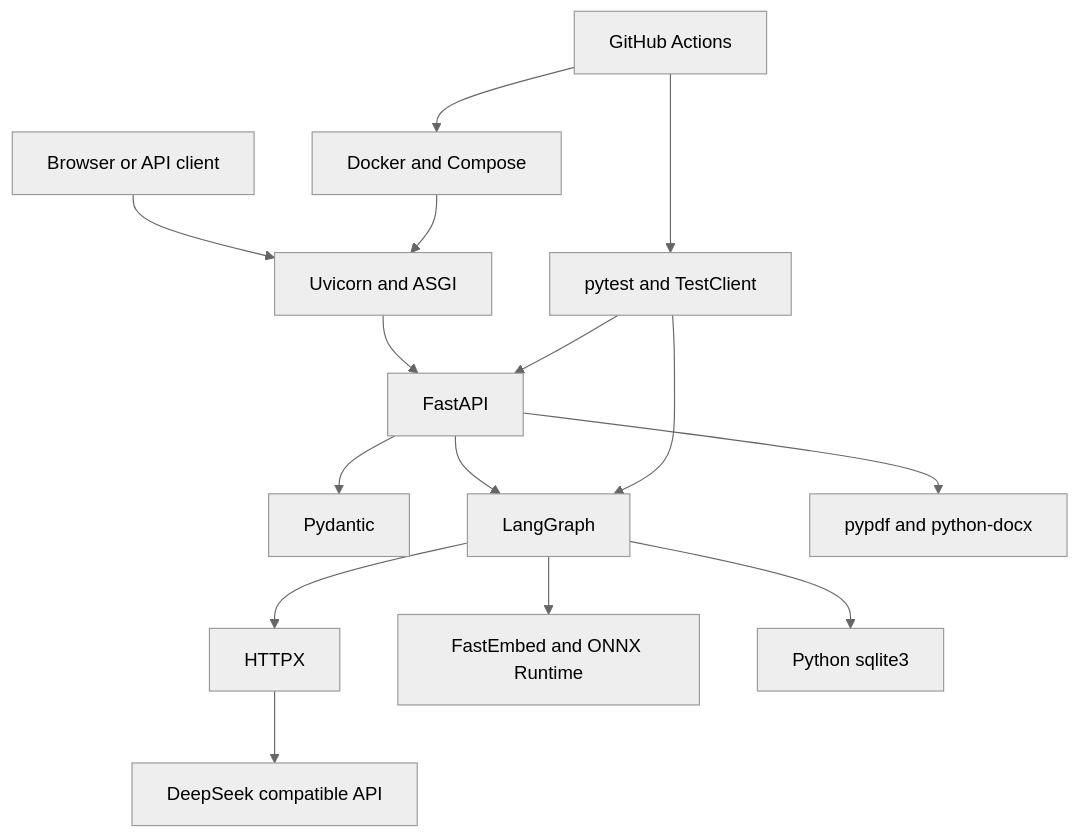
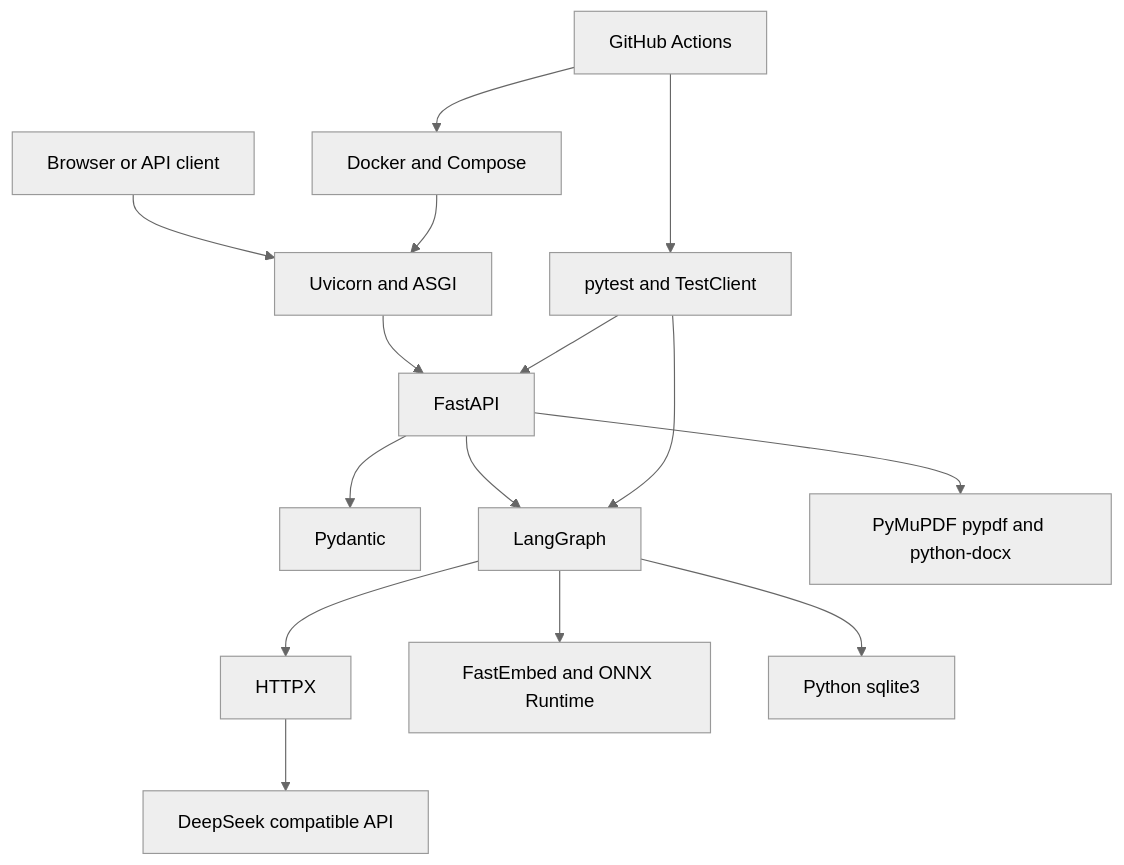
Before and after one commit to francis3253161180-maker/researchflow-agent: the first of 7 diagrams in docs/quickstarts/supporting-stack.md, drawn with Mermaid (neutral theme). The commit also changed other lines of this file and 14 other files, not shown here.

````diff
--- a/docs/quickstarts/supporting-stack.md
+++ b/docs/quickstarts/supporting-stack.md
@@ -7,29 +7,29 @@
 ```mermaid
 flowchart TB
     CLIENT[Browser or API client]
     UVICORN[Uvicorn and ASGI]
     FASTAPI[FastAPI]
     PYDANTIC[Pydantic]
     GRAPH[LangGraph]
     HTTPX[HTTPX]
     MODEL[DeepSeek compatible API]
-    PARSER[pypdf and python-docx]
+    PARSER[PyMuPDF pypdf and python-docx]
     EMBED[FastEmbed and ONNX Runtime]
     DB[Python sqlite3]
     TEST[pytest and TestClient]
     CONTAINER[Docker and Compose]
     CI[GitHub Actions]
 
     CLIENT --> UVICORN --> FASTAPI
     FASTAPI --> PYDANTIC
     FASTAPI --> GRAPH
     GRAPH --> HTTPX --> MODEL
     GRAPH --> EMBED
     FASTAPI --> PARSER
     GRAPH --> DB
     TEST --> FASTAPI
     TEST --> GRAPH
     CONTAINER --> UVICORN
     CI --> TEST
     CI --> CONTAINER
 ```
````
